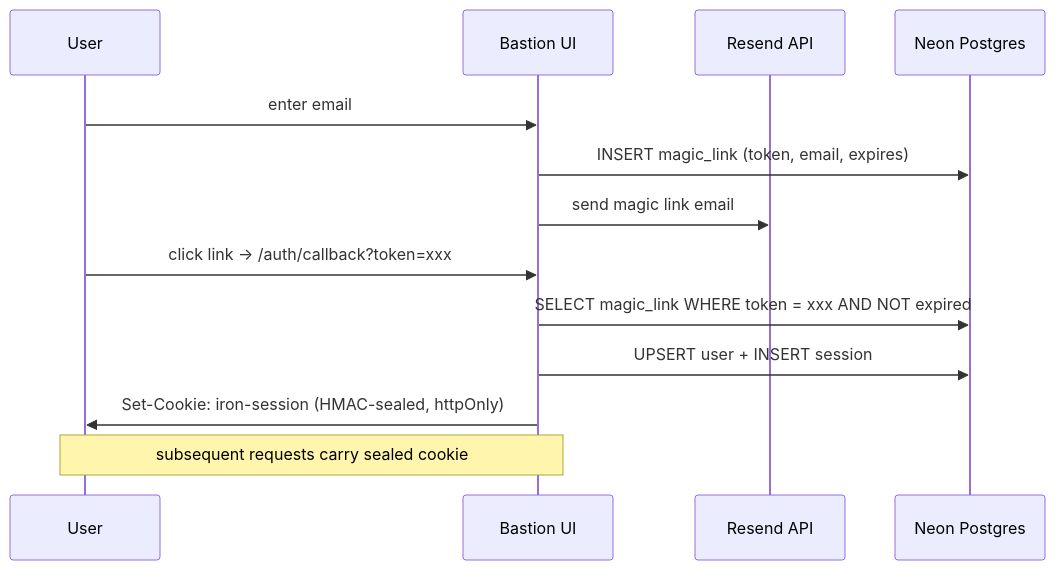
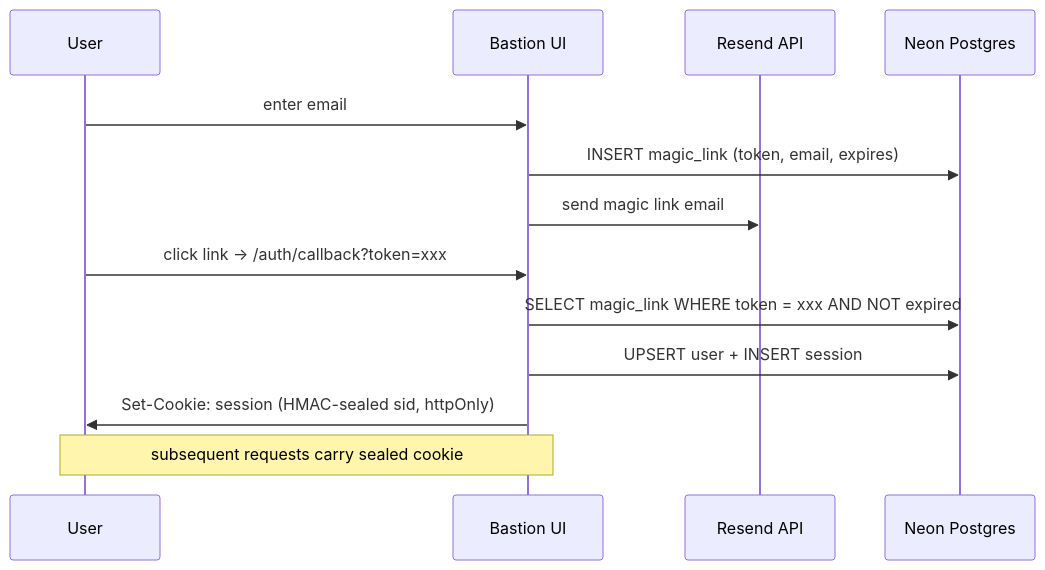
Before and after one commit to Abdul-Muizz1310/bastion: the second of 4 diagrams in README.md, drawn with Mermaid. The commit also changed other lines of this file and 6 other files, not shown here.

First line of the commit message:
docs: refresh architecture/spec docs and env example

````diff
--- a/README.md
+++ b/README.md
@@ -78,16 +78,16 @@
 ```mermaid
 sequenceDiagram
     participant User
     participant Bastion as Bastion UI
     participant Resend as Resend API
     participant DB as Neon Postgres
 
     User->>Bastion: enter email
     Bastion->>DB: INSERT magic_link (token, email, expires)
     Bastion->>Resend: send magic link email
     User->>Bastion: click link → /auth/callback?token=xxx
     Bastion->>DB: SELECT magic_link WHERE token = xxx AND NOT expired
     Bastion->>DB: UPSERT user + INSERT session
-    Bastion->>User: Set-Cookie: iron-session (HMAC-sealed, httpOnly)
+    Bastion->>User: Set-Cookie: session (HMAC-sealed sid, httpOnly)
     Note over User,Bastion: subsequent requests carry sealed cookie
 ```
````
